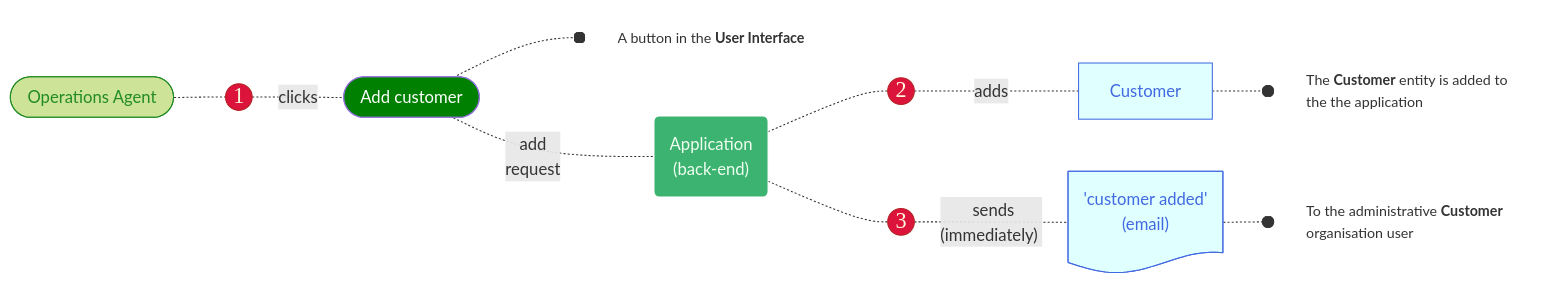
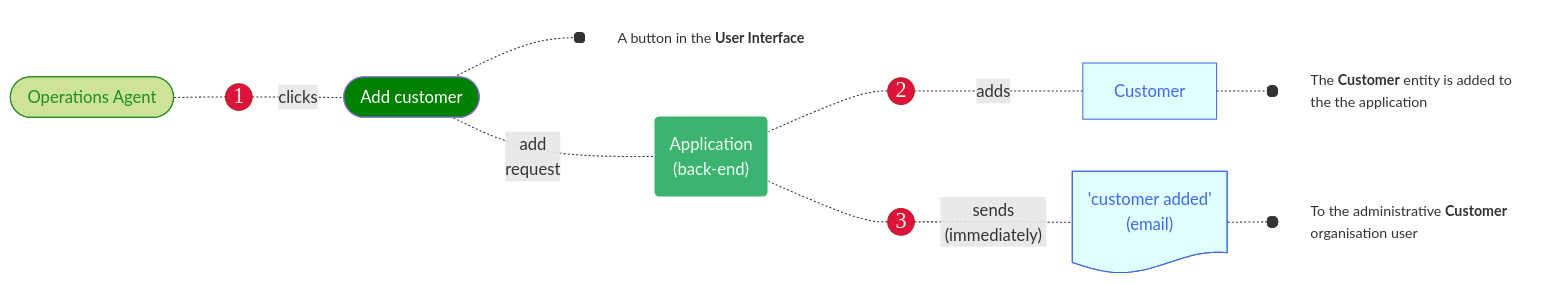
One commit to joe-dorward/samples changed the diagram in 2025_Sage_Playa/mermaid/template_02.md. Above: the diagram before and after it, drawn with Mermaid.

````diff
--- a/2025_Sage_Playa/mermaid/template_02.md
+++ b/2025_Sage_Playa/mermaid/template_02.md
@@ -3,51 +3,51 @@
 ```mermaid
 flowchart LR
 
   %% define styles
   classDef User fill:#cde498, stroke:forestgreen, color:forestgreen;
   classDef Number fill:crimson, color:cornsilk, stroke:firebrick, font-family:verdana, font-size:16pt, padding:10px;
   classDef Button fill:green, color:white;
   classDef Note fill:transparent, stroke:white, text-align:left, font-size: 95%;
 
   classDef Backend fill:mediumseagreen, stroke:white, color:honeydew;
   classDef Entity fill:lightcyan, stroke:royalblue, color:royalblue;
   
   %% ---------- ---------- ---------- ---------- ---------- ---------- ---------- ---------- ---------- ----------
   OPERATIONS_AGENT_01([&nbsp;Operations Agent&nbsp;]):::User
   %% ---------- ---------- ---------- ---------- ---------- ---------- ---------- ---------- ---------- ----------
   1(("1")):::Number
   ADD_CUSTOMER_01([&nbsp;Add customer&nbsp;]):::Button
   ADD_CUSTOMER_01_NOTE["A button in the <b>User Interface</b>"]:::Note
 
   OPERATIONS_AGENT_01-.-
   1-.clicks.-
   ADD_CUSTOMER_01-.-o
   ADD_CUSTOMER_01_NOTE
   %% ---------- ---------- ---------- ---------- ---------- ---------- ---------- ---------- ---------- ----------
   APPLICATION_BACK_END_01("Application<br/>(back-end)"):::Backend
 
   ADD_CUSTOMER_01-.add<br/>request.-
   APPLICATION_BACK_END_01
   %% ---------- ---------- ---------- ---------- ---------- ---------- ---------- ---------- ---------- ----------
   2(("2")):::Number
   CUSTOMER_01["Customer"]:::Entity
   CUSTOMER_01_NOTE["The <b>Customer</b> entity is added to the the application"]:::Note
 
   APPLICATION_BACK_END_01-.-
   2-.adds.-
   CUSTOMER_01-.-o
   CUSTOMER_01_NOTE
   %% ---------- ---------- ---------- ---------- ---------- ---------- ---------- ---------- ---------- ----------
   3(("3")):::Number
   CUSTOMER_ADDED_01@{ shape: doc, label: "'customer added'<br/>(email)"}
   CUSTOMER_ADDED_01_NOTE[To the administrative <b>Customer</b> organisation user]:::Note
 
   APPLICATION_BACK_END_01-.-
-  3-."&nbsp;sends<br/>(immediately)&nbsp;".-
+  3-."sends<br/>&nbsp;(immediately)&nbsp;".-
   CUSTOMER_ADDED_01-.-o
   CUSTOMER_ADDED_01_NOTE
 
   %% ---------- ---------- ---------- ---------- ---------- ---------- ---------- ---------- ---------- ----------
   %% define classes
   class CUSTOMER_ADDED_01 Entity
 ```
````
